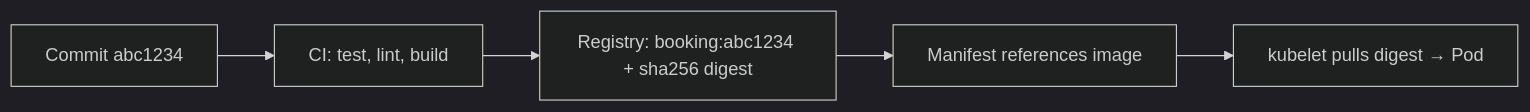
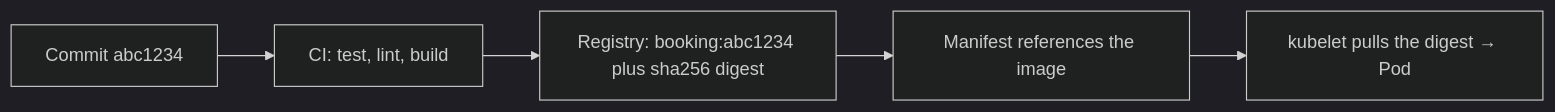
One commit to darshan-raul/apollo11-docs changed the diagram in docs/learn/delivery/ci-and-image-delivery.md. Above: the diagram before and after it, drawn with Mermaid (dark theme). The commit also changed other lines of this file and 55 other files, not shown here.

````diff
--- a/docs/learn/delivery/ci-and-image-delivery.md
+++ b/docs/learn/delivery/ci-and-image-delivery.md
@@ -14,7 +22,7 @@
 ```mermaid
 flowchart LR
   C[Commit abc1234] --> CI[CI: test, lint, build]
-  CI --> R[Registry: booking:abc1234 + sha256 digest]
-  R --> M[Manifest references image]
-  M --> K[kubelet pulls digest → Pod]
+  CI --> R[Registry: booking:abc1234 plus sha256 digest]
+  R --> M[Manifest references the image]
+  M --> K[kubelet pulls the digest → Pod]
 ```
````
